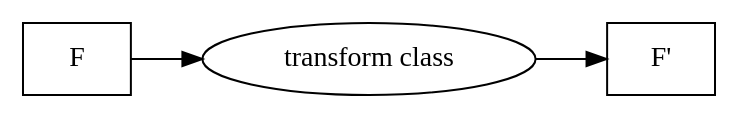
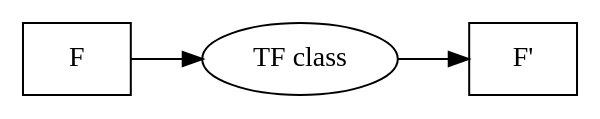
The diagram in docs/map-class.dot (navyxliu/libvina), drawn with Graphviz before and after one commit. The commit also changed 30 other files, not shown here.

```diff
--- a/docs/map-class.dot
+++ b/docs/map-class.dot
@@ -1,13 +1,12 @@
 digraph G_map_class {
   rankdir="LR"
   node [shape=box]
 
   lhs [label="F"];
-  map [shape=ellipse, label="transform class"];
+  map [shape=ellipse, label="TF class"];
   rhs [label="F'"];
 
   lhs -> map;
 
   map -> rhs;
-
 }
```
